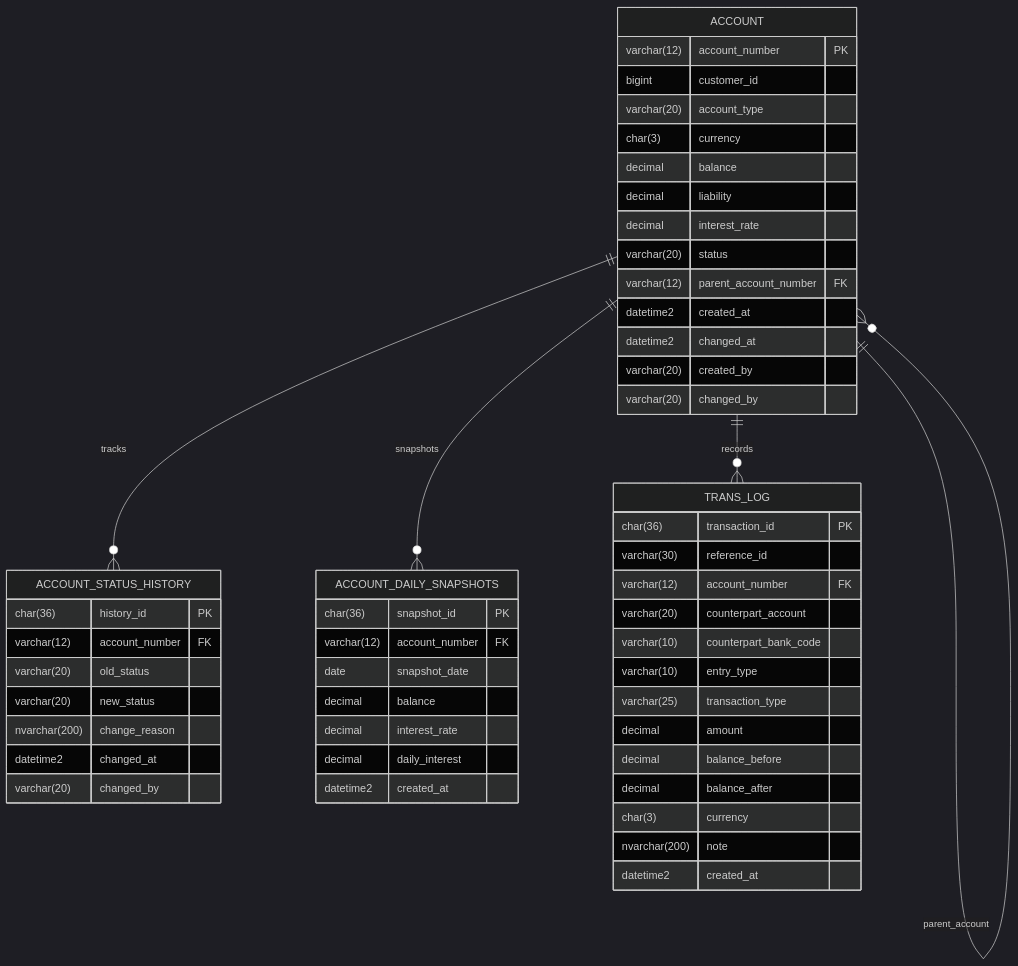
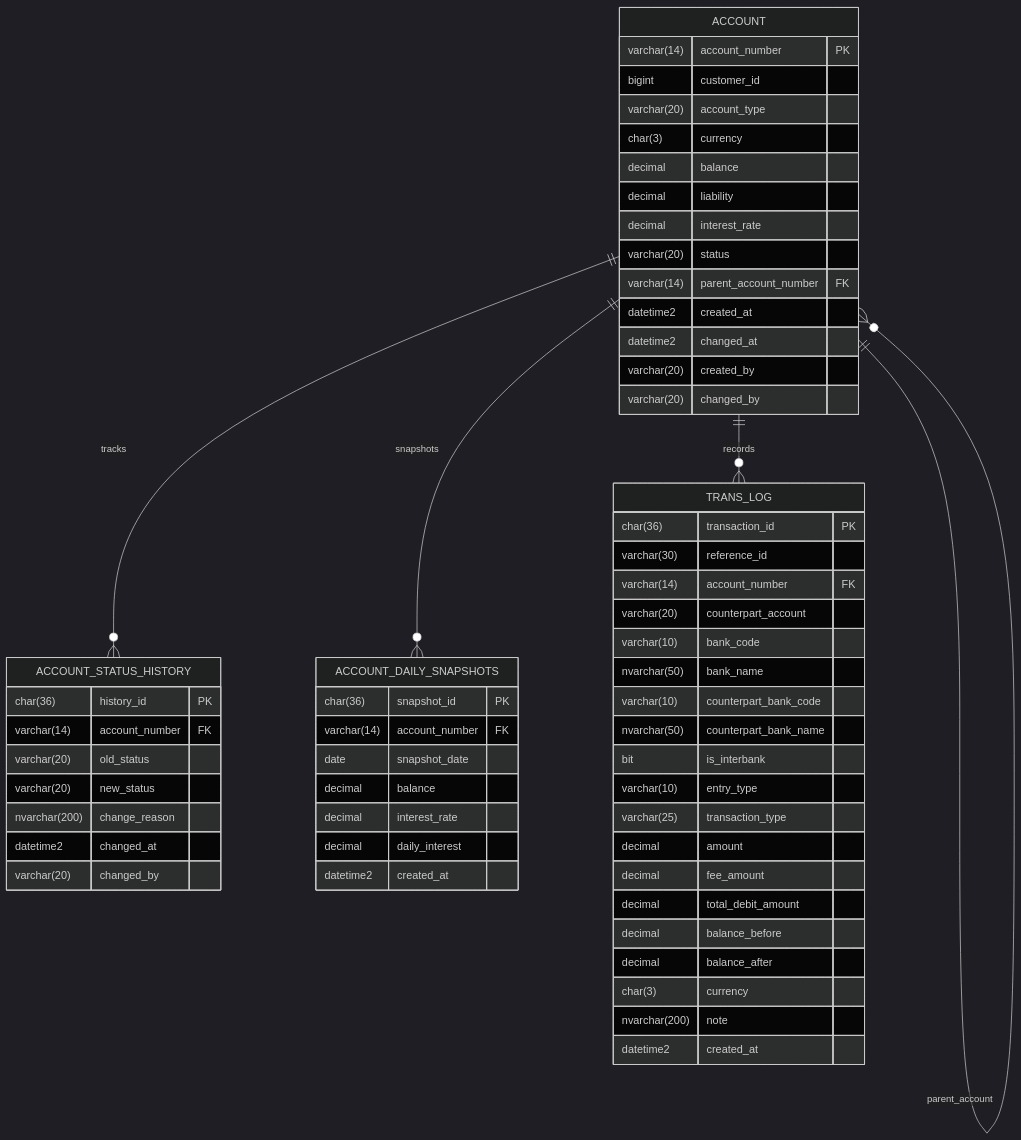
Diagram 17 of 20 in src/main/java/com/javaeasybank/account/doc/DeveloperDoc.md (han369k/fuku-bnak), drawn with Mermaid (dark theme) before and after one commit. The commit also changed other lines of this file and 516 other files, not shown here.

````diff
--- a/src/main/java/com/javaeasybank/account/doc/DeveloperDoc.md
+++ b/src/main/java/com/javaeasybank/account/doc/DeveloperDoc.md
@@ -1326,59 +1745,65 @@
 ```mermaid
 erDiagram
     ACCOUNT ||--o{ ACCOUNT_STATUS_HISTORY : tracks
     ACCOUNT ||--o{ ACCOUNT_DAILY_SNAPSHOTS : snapshots
     ACCOUNT ||--o{ TRANS_LOG : records
     ACCOUNT ||--o{ ACCOUNT : "parent_account"
 
     ACCOUNT {
-        varchar(12) account_number PK
+        varchar(14) account_number PK
         bigint customer_id
         varchar(20) account_type
         char(3) currency
         decimal balance
         decimal liability
         decimal interest_rate
         varchar(20) status
-        varchar(12) parent_account_number FK
+        varchar(14) parent_account_number FK
         datetime2 created_at
         datetime2 changed_at
         varchar(20) created_by
         varchar(20) changed_by
     }
 
     ACCOUNT_STATUS_HISTORY {
         char(36) history_id PK
-        varchar(12) account_number FK
+        varchar(14) account_number FK
         varchar(20) old_status
         varchar(20) new_status
         nvarchar(200) change_reason
         datetime2 changed_at
         varchar(20) changed_by
     }
 
     ACCOUNT_DAILY_SNAPSHOTS {
         char(36) snapshot_id PK
-        varchar(12) account_number FK
+        varchar(14) account_number FK
         date snapshot_date
         decimal balance
         decimal interest_rate
         decimal daily_interest
         datetime2 created_at
     }
 
     TRANS_LOG {
         char(36) transaction_id PK
         varchar(30) reference_id
-        varchar(12) account_number FK
+        varchar(14) account_number FK
         varchar(20) counterpart_account
+        varchar(10) bank_code
+        nvarchar(50) bank_name
         varchar(10) counterpart_bank_code
+        nvarchar(50) counterpart_bank_name
+        bit is_interbank
         varchar(10) entry_type
         varchar(25) transaction_type
         decimal amount
+        decimal fee_amount
+        decimal total_debit_amount
         decimal balance_before
         decimal balance_after
         char(3) currency
         nvarchar(200) note
         datetime2 created_at
     }
 ```
````
